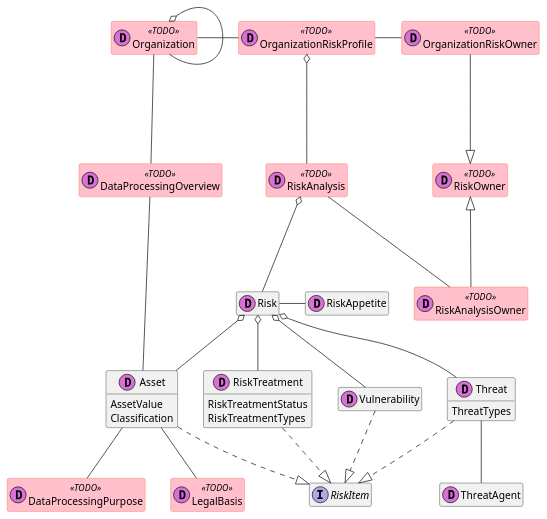
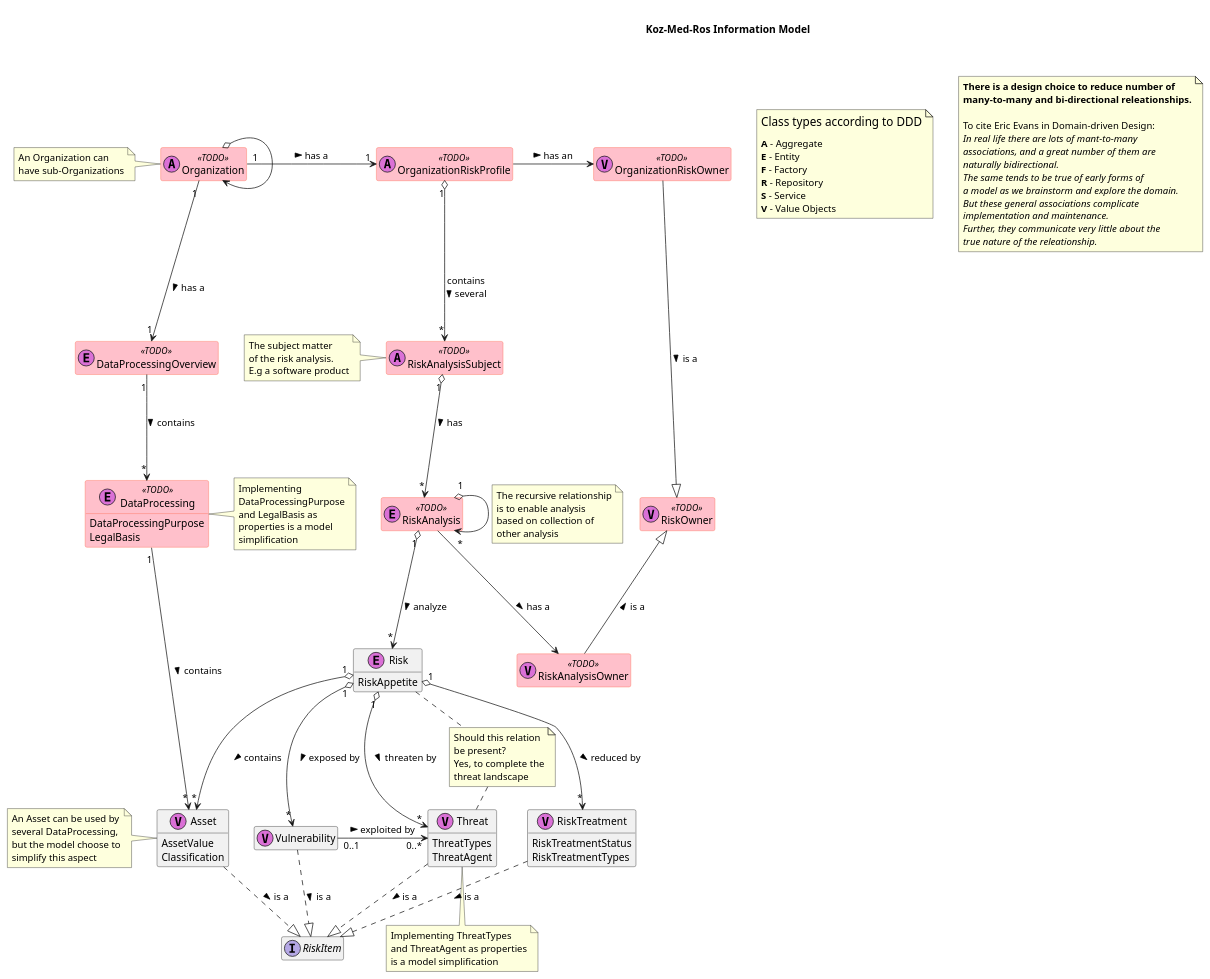
One commit to 7mann/koz-med-ros changed the diagram in src/main/kotlin/KozMedRosInformationModel.puml. Above: the diagram before and after it, drawn with PlantUML. The commit also changed 2 other files, not shown here.

Commit message:
Added UML diagrams and diagram of the domain model

```diff
--- a/src/main/kotlin/KozMedRosInformationModel.puml
+++ b/src/main/kotlin/KozMedRosInformationModel.puml
@@ -1,111 +1,170 @@
 @startuml
+title \nKoz-Med-Ros Information Model\n\n
+note as N0
+    <size:16>Class types according to DDD</size>
+    <size:8> </size>
+    <b>A</b> - Aggregate
+    <b>E</b> - Entity
+    <b>F</b> - Factory
+    <b>R</b> - Repository
+    <b>S</b> - Service
+    <b>V</b> - Value Objects
+end note
+note as N1
+    <b>There is a design choice to reduce number of
+    <b>many-to-many and bi-directional releationships.
+
+    To cite Eric Evans in Domain-driven Design:
+    <i>In real life there are lots of mant-to-many
+    <i>associations, and a great number of them are
+    <i>naturally bidirectional.
+    <i>The same tends to be true of early forms of
+    <i>a model as we brainstorm and explore the domain.
+    <i>But these general associations complicate
+    <i>implementation and maintenance.
+    <i>Further, they communicate very little about the
+    <i>true nature of the releationship.</i>
+end note
+
 skinparam class {
     BackgroundColor<<TODO>> Pink
     BorderColor<<TODO>> Tomato
 }
 skinparam stereotypeCBackgroundColor<<TODO>> LightGray
 
-class Asset <<(D,orchid)>> {
+class Asset <<(V,orchid)>> {
   AssetValue
   Classification
 }
-class AssetValue <<(D,orchid)>>
+note left of Asset : An Asset can be used by\nseveral DataProcessing,\nbut the model choose to\nsimplify this aspect
+
+class AssetValue <<(V,orchid)>>
 hide AssetValue
 
 enum AssetValueTypes {
     CONFIDENCIALITYVALUE
     INTEGRITYVALUE
     AVAILABILITYVALUE
 }
 hide AssetValueTypes
 
-class DataProcessingOverview <<(D,orchid)TODO>>
-class DataProcessingPurpose <<(D,orchid)TODO>>
-class LegalBasis <<(D,orchid)TODO>>
-class Organization <<(D,orchid)TODO>>
-class OrganizationRiskProfile <<(D,orchid)TODO>>
-class OrganizationRiskOwner <<(D,orchid)TODO>>
-class Risk <<(D,orchid)>>
-class RiskAnalysis <<(D,orchid)TODO>>
-class RiskAppetite <<(D,orchid)>>
-class RiskAnalysisOwner <<(D,orchid)TODO>>
-class RiskOwner <<(D,orchid)TODO>>
+class DataProcessingOverview <<(E,orchid)TODO>>
+class DataProcessing <<(E,orchid)TODO>>
+{
+    DataProcessingPurpose
+    LegalBasis
+}
+note right: Implementing\nDataProcessingPurpose\nand LegalBasis as\nproperties is a model\nsimplification
+
+class DataProcessingPurpose <<(V,orchid)TODO>>
+hide DataProcessingPurpose
+class LegalBasis <<(V,orchid)TODO>>
+hide LegalBasis
+class Organization <<(A,orchid)TODO>>
+class OrganizationRiskProfile <<(A,orchid)TODO>>
+class OrganizationRiskOwner <<(V,orchid)TODO>>
+class RiskAnalysisSubject <<(A,orchid)TODO>>
+note left of RiskAnalysisSubject : The subject matter\nof the risk analysis.\nE.g a software product
+class Risk <<(E,orchid)>>
+{
+    RiskAppetite
+}
+class RiskAnalysis <<(E,orchid)TODO>>
+class RiskAppetite <<(V,orchid)>>
+hide RiskAppetite
+
+class RiskAnalysisOwner <<(V,orchid)TODO>>
+class RiskOwner <<(V,orchid)TODO>>
 interface RiskItem
-class RiskTreatment <<(D,orchid)>> {
+class RiskTreatment <<(V,orchid)>> {
     RiskTreatmentStatus
     RiskTreatmentTypes
 }
 enum RiskTreatmentStatus {
     EXISTING
     PLANNED
     IMPLEMENTED
 }
 hide RiskTreatmentStatus
 
 enum RiskTreatmentTypes {
     PROBABILITY_RISK_TREATMENT
     CONSEQUENCE_RISK_TREATMENT
 }
 hide RiskTreatmentTypes
 
 enum SeverityLevels {
     NONE
     INSIGNIFICANT
     LOW
     MODERATE
     HIGH
     EXTREME
     INVALID
 }
 hide SeverityLevels
 
-class Threat <<(D,orchid)>> {
+class Threat <<(V,orchid)>> {
     ThreatTypes
+    ThreatAgent
 }
+note bottom: Implementing ThreatTypes\nand ThreatAgent as properties\nis a model simplification
 
-class ThreatAgent <<(D,orchid)>>
+class ThreatAgent <<(V,orchid)>>
+hide ThreatAgent
 enum ThreatAgentType {
     HUMAN
     ENVIRONMENTAL
 }
 hide ThreatAgentType
 
 enum ThreatTypes {
     DELIBERATE
     ACCIDENTAL
     ENVIRONMENTAL
 }
 hide ThreatTypes
 
-class Vulnerability <<(D,orchid)>>
+class Vulnerability <<(V,orchid)>>
 
 '------ Relations --------
-Organization - OrganizationRiskProfile
-Organization o- Organization
-Organization -- DataProcessingOverview
-DataProcessingOverview -- Asset
-Asset -- DataProcessingPurpose
-Asset -- LegalBasis
-OrganizationRiskProfile o-- RiskAnalysis
-OrganizationRiskProfile - OrganizationRiskOwner
-RiskAnalysis o-- Risk
-RiskAnalysis - RiskAnalysisOwner
-OrganizationRiskOwner --|> RiskOwner
-RiskOwner <|--  RiskAnalysisOwner
-Risk o-- Asset
-Risk o-- Threat
-Risk o-- Vulnerability
-Risk o-- RiskTreatment
-Risk - RiskAppetite
+Organization "1" -> "1" OrganizationRiskProfile : has a >
+Organization o--> Organization
+note left of Organization : An Organization can\nhave sub-Organizations
 
-Asset ..|> RiskItem
-Vulnerability ..|> RiskItem
-RiskTreatment ..|> RiskItem
-Threat ..|> RiskItem
+Organization "1" --> "1" DataProcessingOverview : has a >
+DataProcessingOverview "1" --> "*" DataProcessing : contains >
+DataProcessing "1" --> "*" Asset : contains >
 
-'Asset -- AssetValue
-Threat -- ThreatAgent
-Threat - ThreatTypes
+OrganizationRiskProfile "1" o--> "*" RiskAnalysisSubject : contains\nseveral >
+RiskAnalysisSubject "1" o--> "*" RiskAnalysis : has >
+OrganizationRiskProfile  -> OrganizationRiskOwner : has an >
+RiskAnalysis "1" o--> "*" RiskAnalysis
+note bottom on link :The recursive relationship\nis to enable analysis\nbased on collection of\nother analysis
+RiskAnalysis "1" o--> "*" Risk : analyze >
+RiskAnalysis -> RiskAnalysisOwner : has a >
+OrganizationRiskOwner ---|> RiskOwner : is a >
+RiskOwner <|--  RiskAnalysisOwner :is a <
+Risk "1" o--> "*" Asset :contains >
+Risk "1" o--> "*" Threat :threaten by >
+note as N2
+    Should this relation
+    be present?
+    Yes, to complete the
+    threat landscape
+end note
+Risk . N2
+N2 . Threat
+
+Risk "1" o--> "*" Vulnerability :exposed by >
+Risk "1" o--> "*" RiskTreatment :reduced by >
+
+Asset ..|> RiskItem :is a >
+Vulnerability ..|> RiskItem :is a >
+RiskTreatment ..|> RiskItem :is a >
+Threat ..|> RiskItem :is a >
+
+Vulnerability "0..1" -right> "0..*" Threat : exploited by >
 
 hide empty members
 @enduml
```
